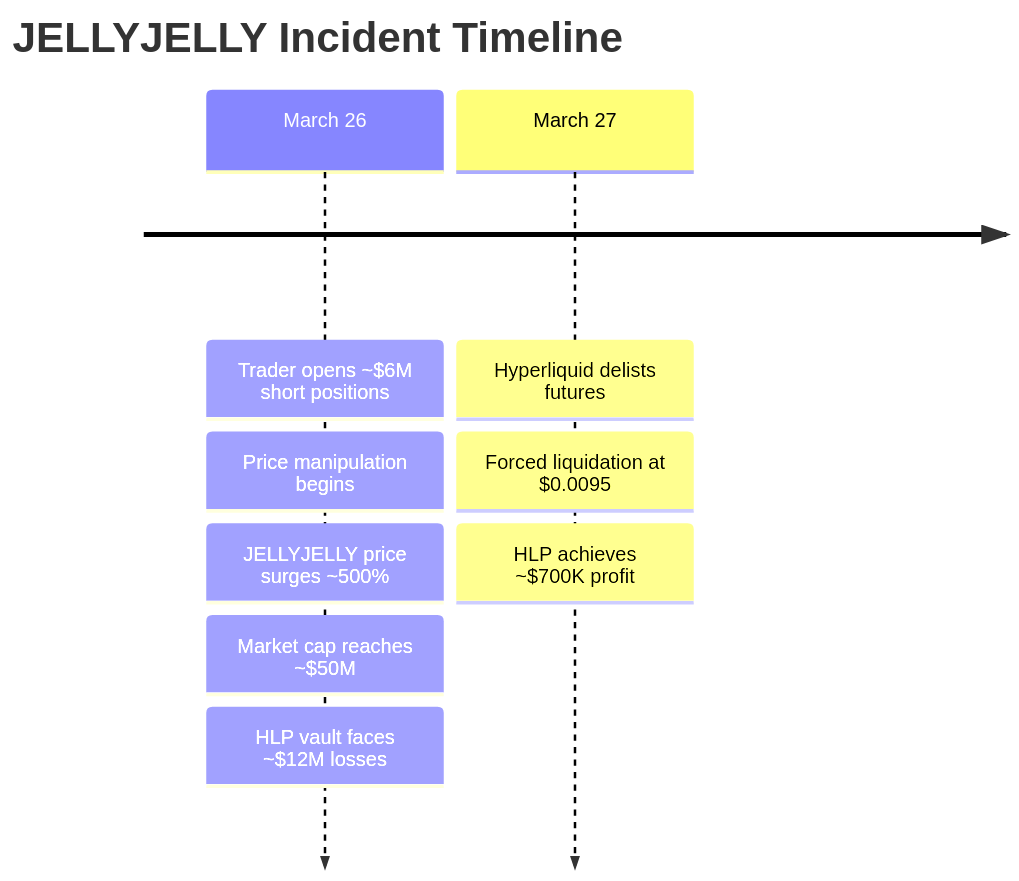
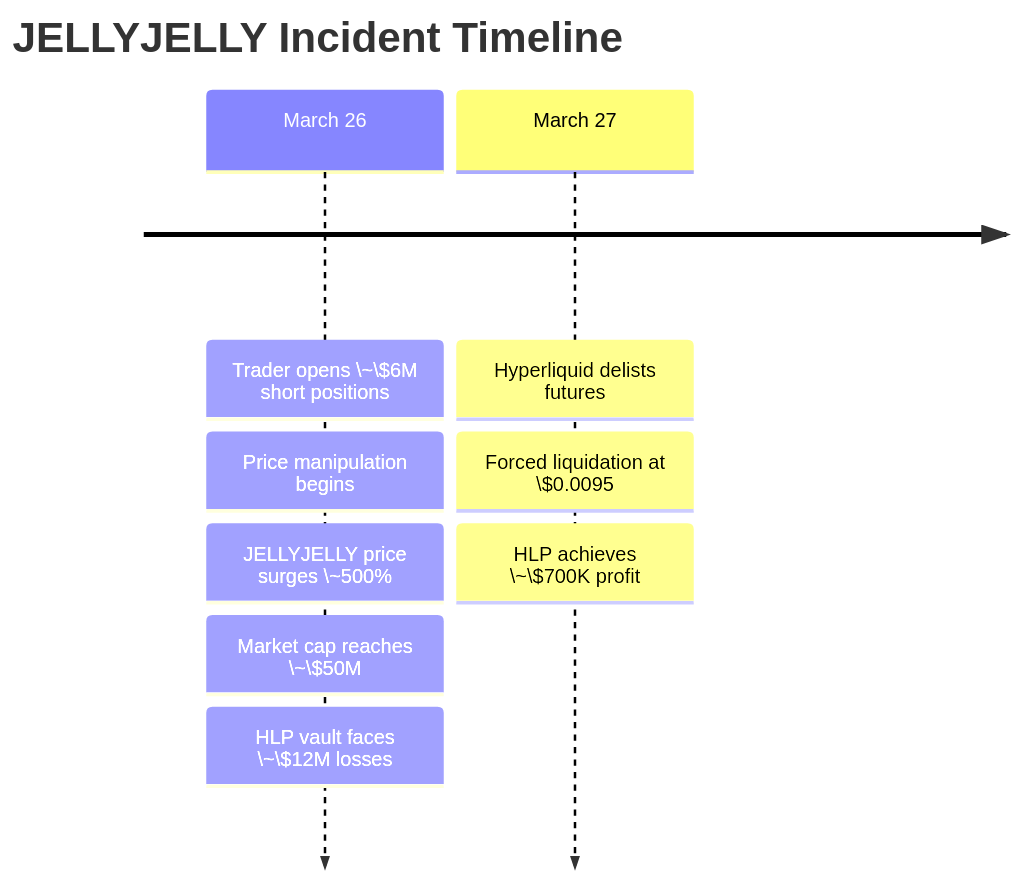
Before and after one commit to chanchann/blog: the diagram in _posts/2025-03-27-hype-jelly.md, drawn with Mermaid. The commit also changed other lines of this file, not shown here.

Commit message:
Refine mathematical expressions in JELLYJELLY incident post to use LaTeX formatting for consistency and clarity

````diff
--- a/_posts/2025-03-27-hype-jelly.md
+++ b/_posts/2025-03-27-hype-jelly.md
@@ -52,12 +52,12 @@
 ```mermaid
 timeline
     title JELLYJELLY Incident Timeline
-    March 26 : Trader opens ~$6M short positions
+    March 26 : Trader opens \~\$6M short positions
     : Price manipulation begins
-    : JELLYJELLY price surges ~500%
-    : Market cap reaches ~$50M
-    : HLP vault faces ~$12M losses
+    : JELLYJELLY price surges \~500%
+    : Market cap reaches \~\$50M
+    : HLP vault faces \~\$12M losses
     March 27 : Hyperliquid delists futures
-    : Forced liquidation at $0.0095
-    : HLP achieves ~$700K profit
+    : Forced liquidation at \$0.0095
+    : HLP achieves \~\$700K profit
 ```
````
